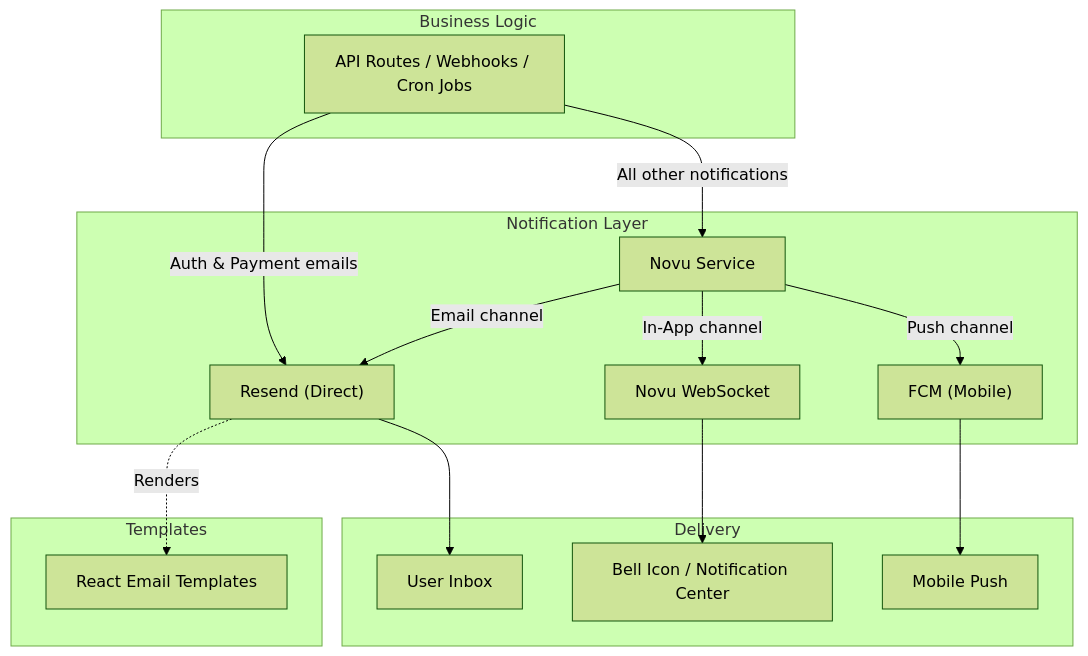
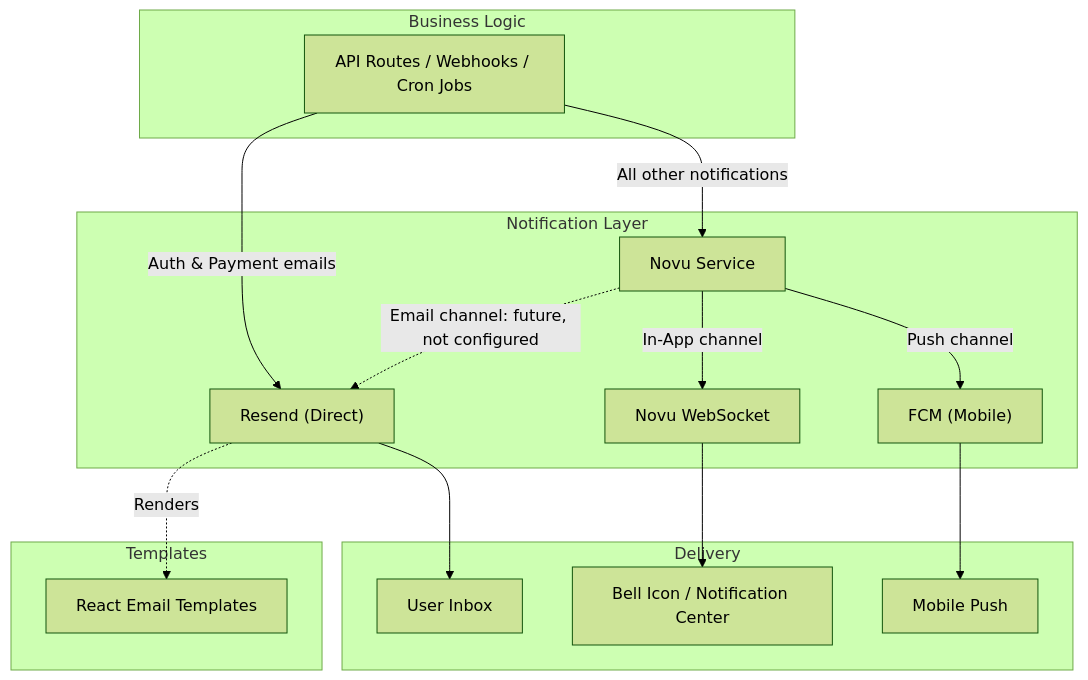
Before and after one commit to Practitionist/familiarise_web: the diagram in docs/notifications/README.md, drawn with Mermaid (forest theme). The commit also changed other lines of this file and 10 other files, not shown here.

````diff
--- a/docs/notifications/README.md
+++ b/docs/notifications/README.md
@@ -5,24 +5,24 @@
 ```mermaid
 graph TD
     subgraph "Business Logic"
         A[API Routes / Webhooks / Cron Jobs]
     end
 
     subgraph "Notification Layer"
         A -->|Auth & Payment emails| B["Resend (Direct)"]
         A -->|All other notifications| C["Novu Service"]
-        C -->|Email channel| B
+        C -.->|Email channel: future, not configured| B
         C -->|In-App channel| D[Novu WebSocket]
         C -->|Push channel| E["FCM (Mobile)"]
     end
 
     subgraph "Delivery"
         B --> F[User Inbox]
         D --> G[Bell Icon / Notification Center]
         E --> H[Mobile Push]
     end
 
     subgraph "Templates"
         B -.->|Renders| I[React Email Templates]
     end
 ```
````
